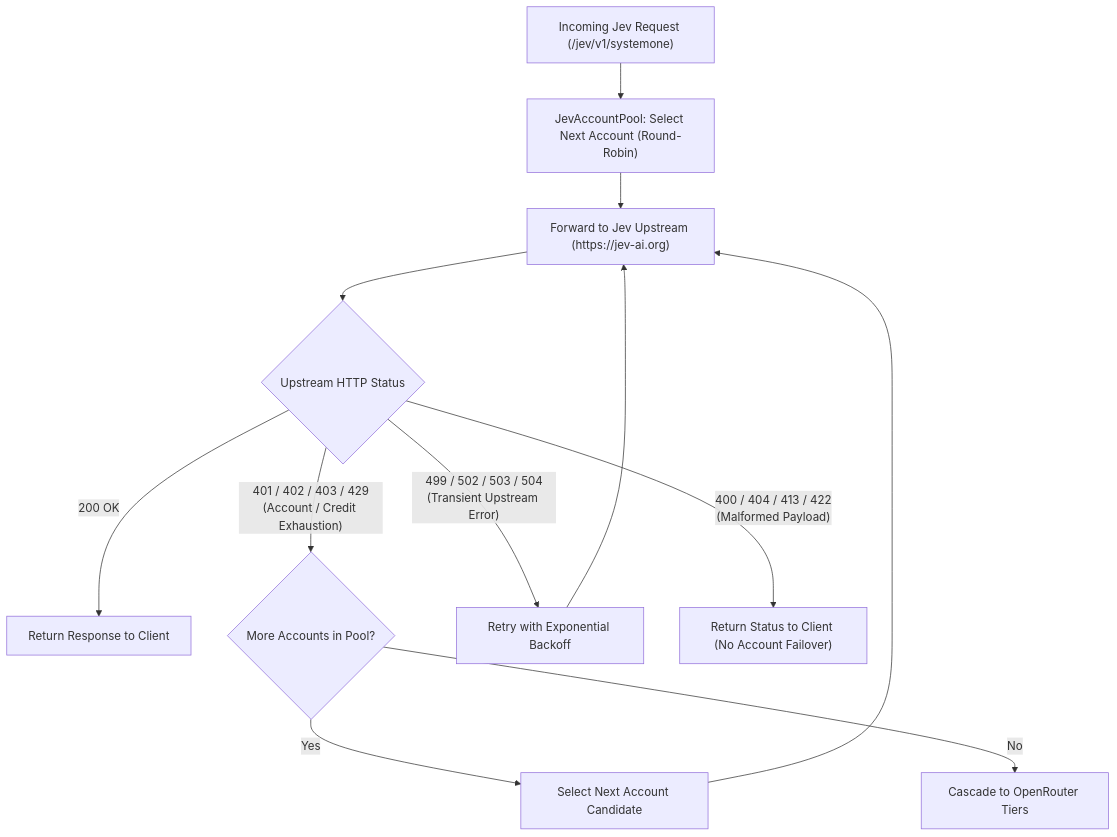
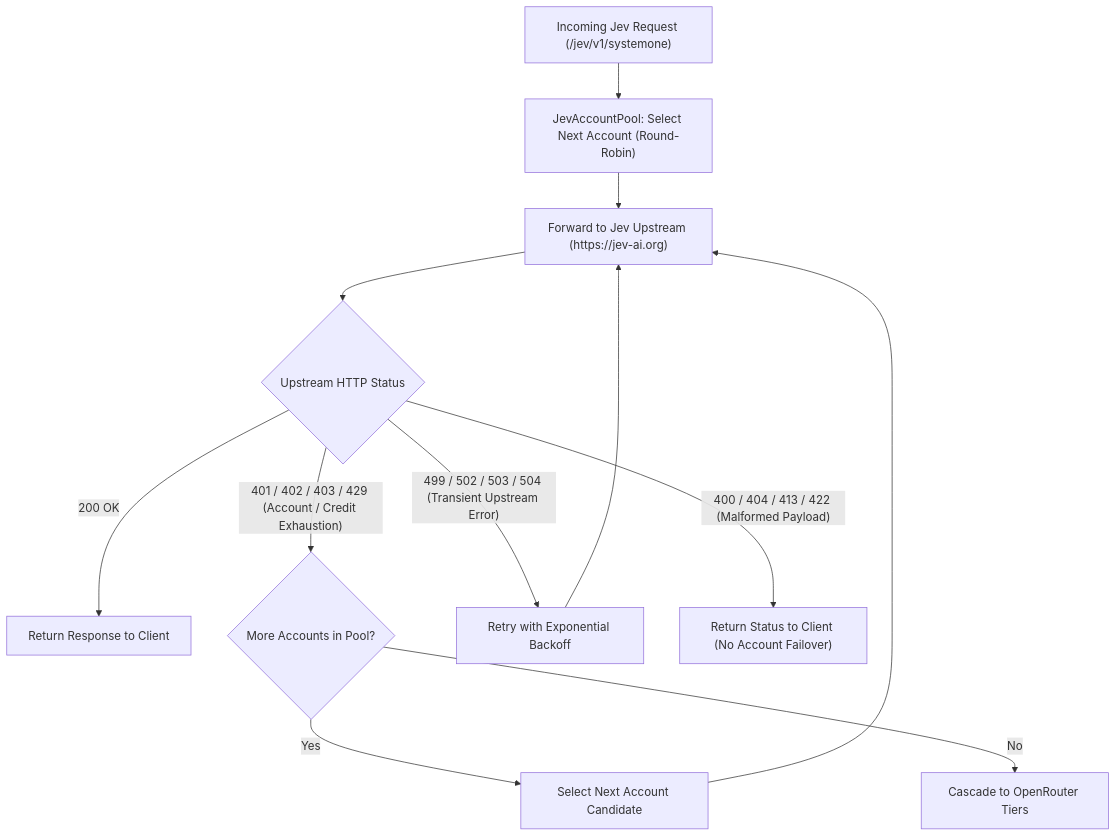
One commit to giauphan/toolcase-gateway changed the second of 2 diagrams in docs/JEV_INTEGRATION.md. Above: the diagram before and after it, drawn with Mermaid. The commit also changed 89 other files, not shown here.

````diff
--- a/docs/JEV_INTEGRATION.md
+++ b/docs/JEV_INTEGRATION.md
@@ -233,14 +233,14 @@
 ```mermaid
 flowchart TD
     Req["Incoming Jev Request (/jev/v1/systemone)"] --> Pick["JevAccountPool: Select Next Account (Round-Robin)"]
     Pick --> Send["Forward to Jev Upstream (https://jev-ai.org)"]
     Send --> Eval{"Upstream HTTP Status"}
-    
+
     Eval -->|"200 OK"| Success["Return Response to Client"]
-    Eval -->|"401 / 402 / 403 / 429<br>(Account / Credit Exhaustion)"| Failover{"More Accounts in Pool?"}
+    Eval -->|"401 / 402 / 403 / 429 (Account / Credit Exhaustion)"| Failover{"More Accounts in Pool?"}
     Failover -->|"Yes"| NextAcc["Select Next Account Candidate"] --> Send
     Failover -->|"No"| Cascade["Cascade to OpenRouter Tiers"]
-    
-    Eval -->|"499 / 502 / 503 / 504<br>(Transient Upstream Error)"| Retry["Retry with Exponential Backoff"] --> Send
-    Eval -->|"400 / 404 / 413 / 422<br>(Malformed Payload)"| ReturnDirect["Return Status to Client (No Account Failover)"]
+
+    Eval -->|"499 / 502 / 503 / 504 (Transient Upstream Error)"| Retry["Retry with Exponential Backoff"] --> Send
+    Eval -->|"400 / 404 / 413 / 422 (Malformed Payload)"| ReturnDirect["Return Status to Client (No Account Failover)"]
 ```
````
